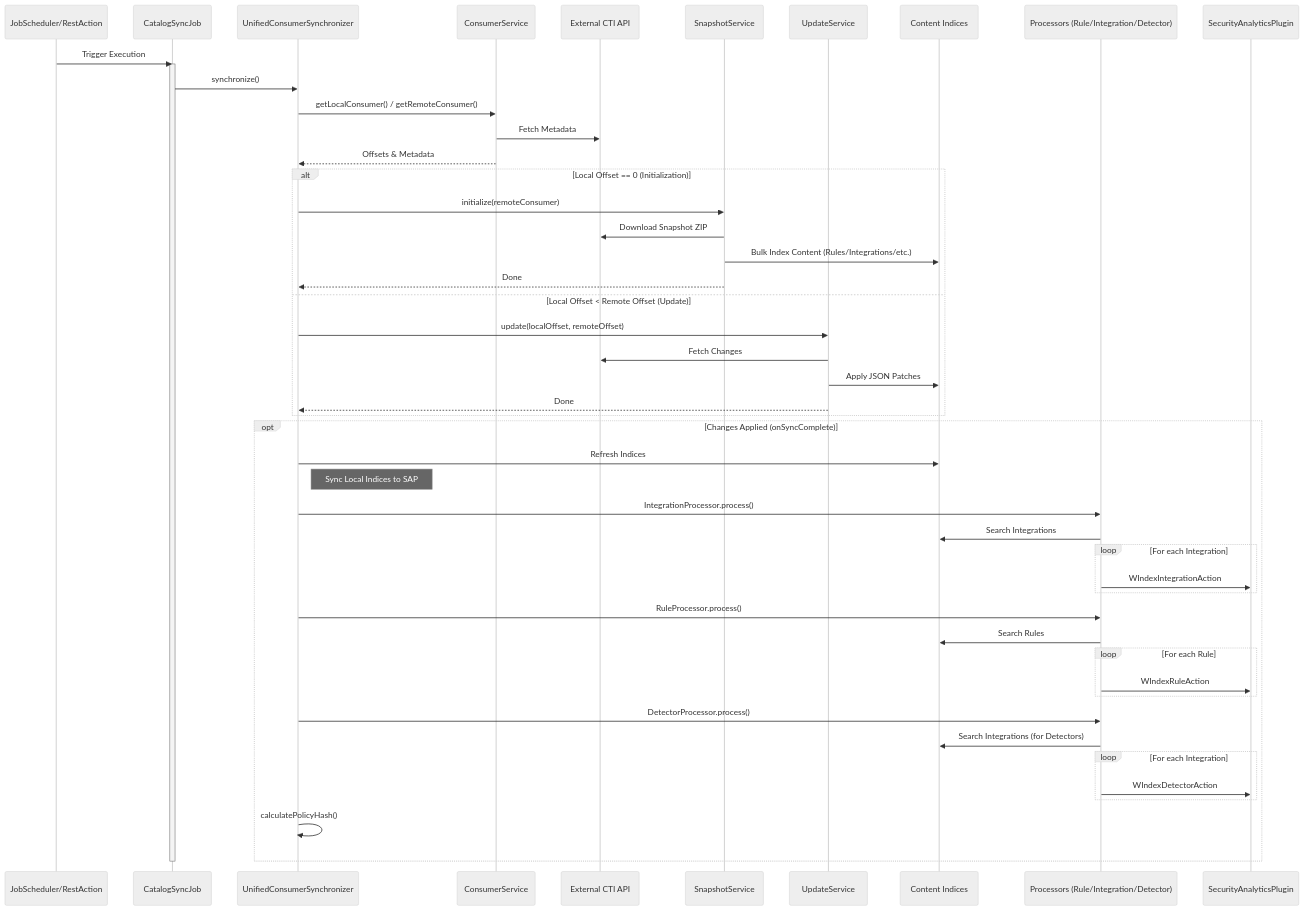
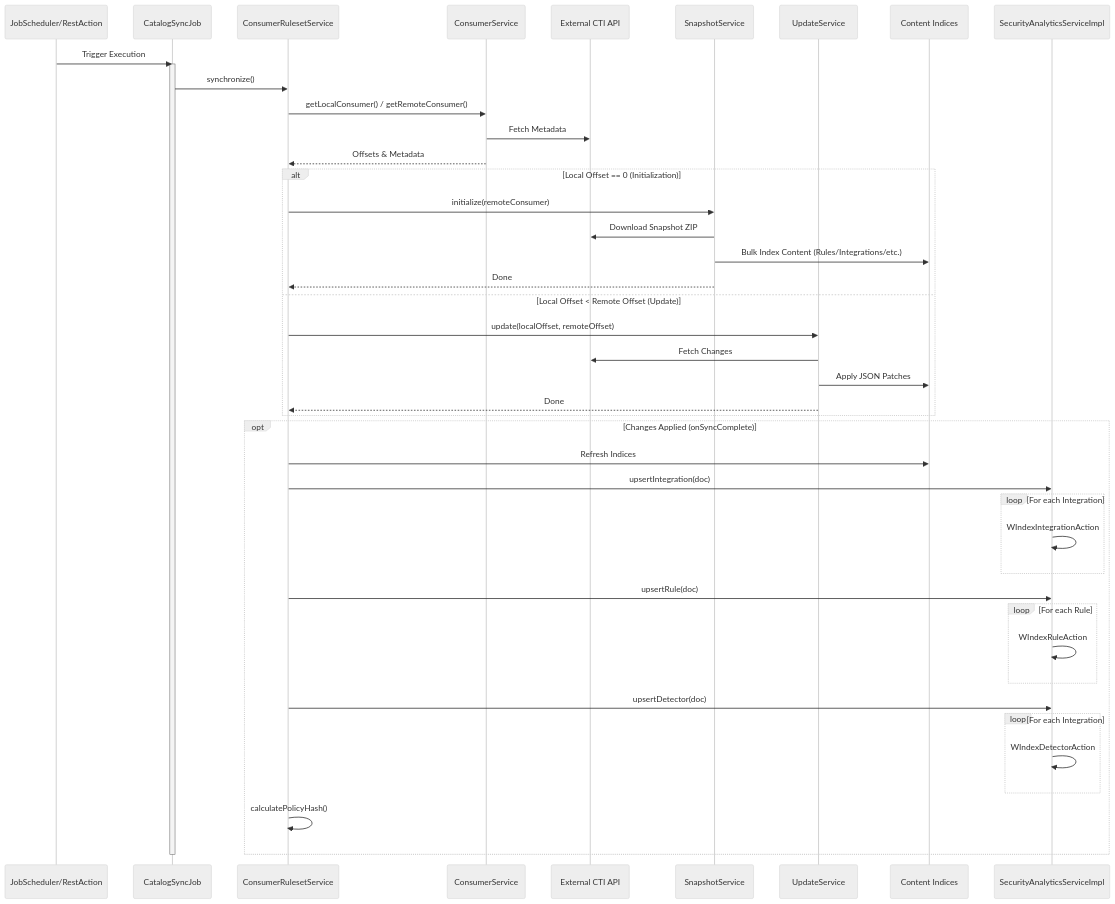
One commit to wazuh/wazuh-indexer-plugins changed the first of 6 diagrams in docs/dev/plugins/content-manager.md. Above: the diagram before and after it, drawn with Mermaid (neutral theme). The commit also changed other lines of this file and 15 other files, not shown here.

````diff
--- a/docs/dev/plugins/content-manager.md
+++ b/docs/dev/plugins/content-manager.md
@@ -192,62 +267,56 @@
 ```mermaid
 sequenceDiagram
     participant Scheduler as JobScheduler/RestAction
     participant SyncJob as CatalogSyncJob
-    participant Synchronizer as UnifiedConsumerSynchronizer
+    participant Synchronizer as ConsumerRulesetService
     participant ConsumerSvc as ConsumerService
     participant CTI as External CTI API
     participant Snapshot as SnapshotService
     participant Update as UpdateService
     participant Indices as Content Indices
-    participant Processors as Processors (Rule/Integration/Detector)
-    participant SAP as SecurityAnalyticsPlugin
+    participant SAP as SecurityAnalyticsServiceImpl
 
     Scheduler->>SyncJob: Trigger Execution
     activate SyncJob
 
     SyncJob->>Synchronizer: synchronize()
 
     Synchronizer->>ConsumerSvc: getLocalConsumer() / getRemoteConsumer()
     ConsumerSvc->>CTI: Fetch Metadata
     ConsumerSvc-->>Synchronizer: Offsets & Metadata
 
     alt Local Offset == 0 (Initialization)
         Synchronizer->>Snapshot: initialize(remoteConsumer)
         Snapshot->>CTI: Download Snapshot ZIP
         Snapshot->>Indices: Bulk Index Content (Rules/Integrations/etc.)
         Snapshot-->>Synchronizer: Done
     else Local Offset < Remote Offset (Update)
         Synchronizer->>Update: update(localOffset, remoteOffset)
         Update->>CTI: Fetch Changes
         Update->>Indices: Apply JSON Patches
         Update-->>Synchronizer: Done
     end
 
     opt Changes Applied (onSyncComplete)
         Synchronizer->>Indices: Refresh Indices
 
-        Note right of Synchronizer: Sync Local Indices to SAP
-
-        Synchronizer->>Processors: IntegrationProcessor.process()
-        Processors->>Indices: Search Integrations
+        Synchronizer->>SAP: upsertIntegration(doc)
         loop For each Integration
-            Processors->>SAP: WIndexIntegrationAction
+            SAP->>SAP: WIndexIntegrationAction
         end
 
-        Synchronizer->>Processors: RuleProcessor.process()
-        Processors->>Indices: Search Rules
+        Synchronizer->>SAP: upsertRule(doc)
         loop For each Rule
-            Processors->>SAP: WIndexRuleAction
+            SAP->>SAP: WIndexRuleAction
         end
 
-        Synchronizer->>Processors: DetectorProcessor.process()
-        Processors->>Indices: Search Integrations (for Detectors)
+        Synchronizer->>SAP: upsertDetector(doc)
         loop For each Integration
-            Processors->>SAP: WIndexDetectorAction
+            SAP->>SAP: WIndexDetectorAction
         end
 
         Synchronizer->>Synchronizer: calculatePolicyHash()
     end
 
     deactivate SyncJob
 ```
````
